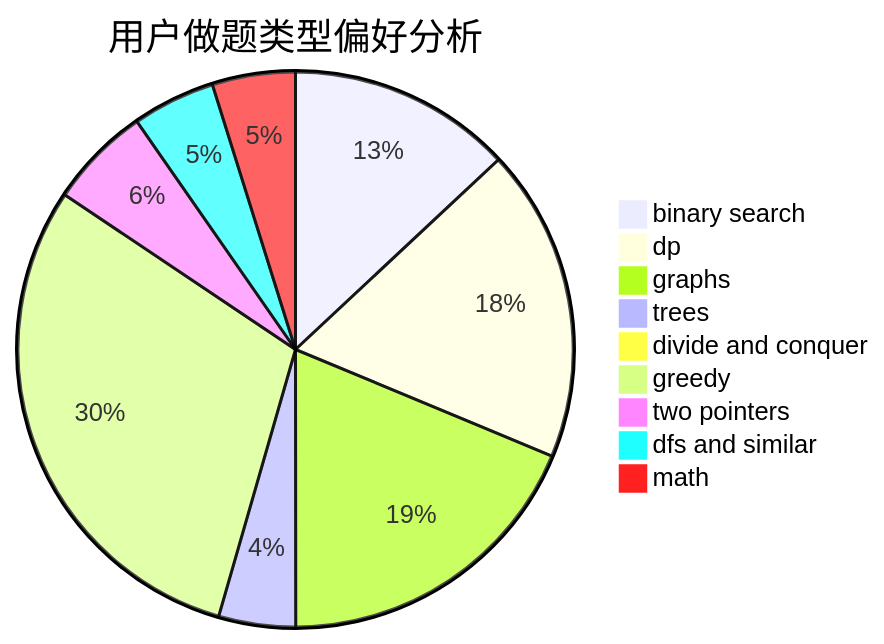
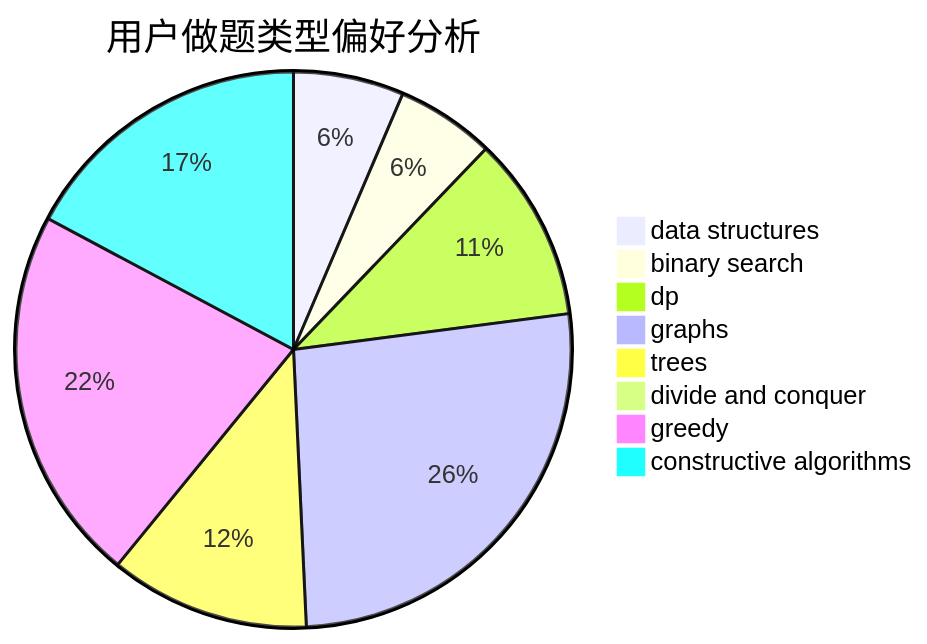
One commit to sherpahu/cfrs.github.io changed the second of 3 diagrams in docs/user/u106.md. Above: the diagram before and after it, drawn with Mermaid. The commit also changed other lines of this file and 2775 other files, not shown here.

````diff
--- a/docs/user/u106.md
+++ b/docs/user/u106.md
@@ -23,12 +23,11 @@
 ```mermaid
 pie title 用户做题类型偏好分析
-    "binary search" :  539
-    "dp" :  754
-    "graphs" :  774
-    "trees" :  185
-    "divide and conquer" :  3
-    "greedy" :  1238
-    "two pointers" :  245
-    "dfs and similar" :  200
-    "math" :  200
+    "data structures" :  74
+    "binary search" :  66
+    "dp" :  124
+    "graphs" :  303
+    "trees" :  134
+    "divide and conquer" :  0
+    "greedy" :  252
+    "constructive algorithms" :  198
 ```
````
